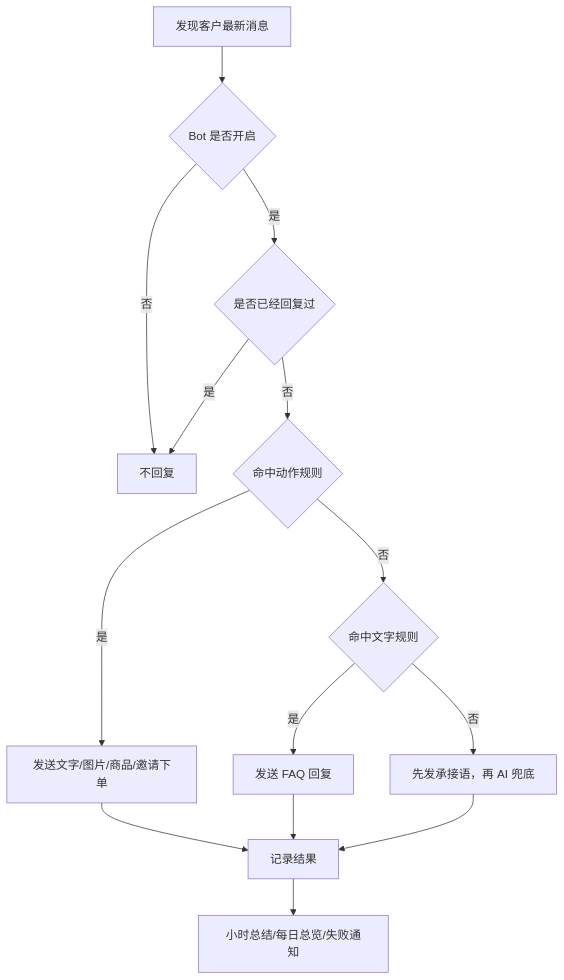
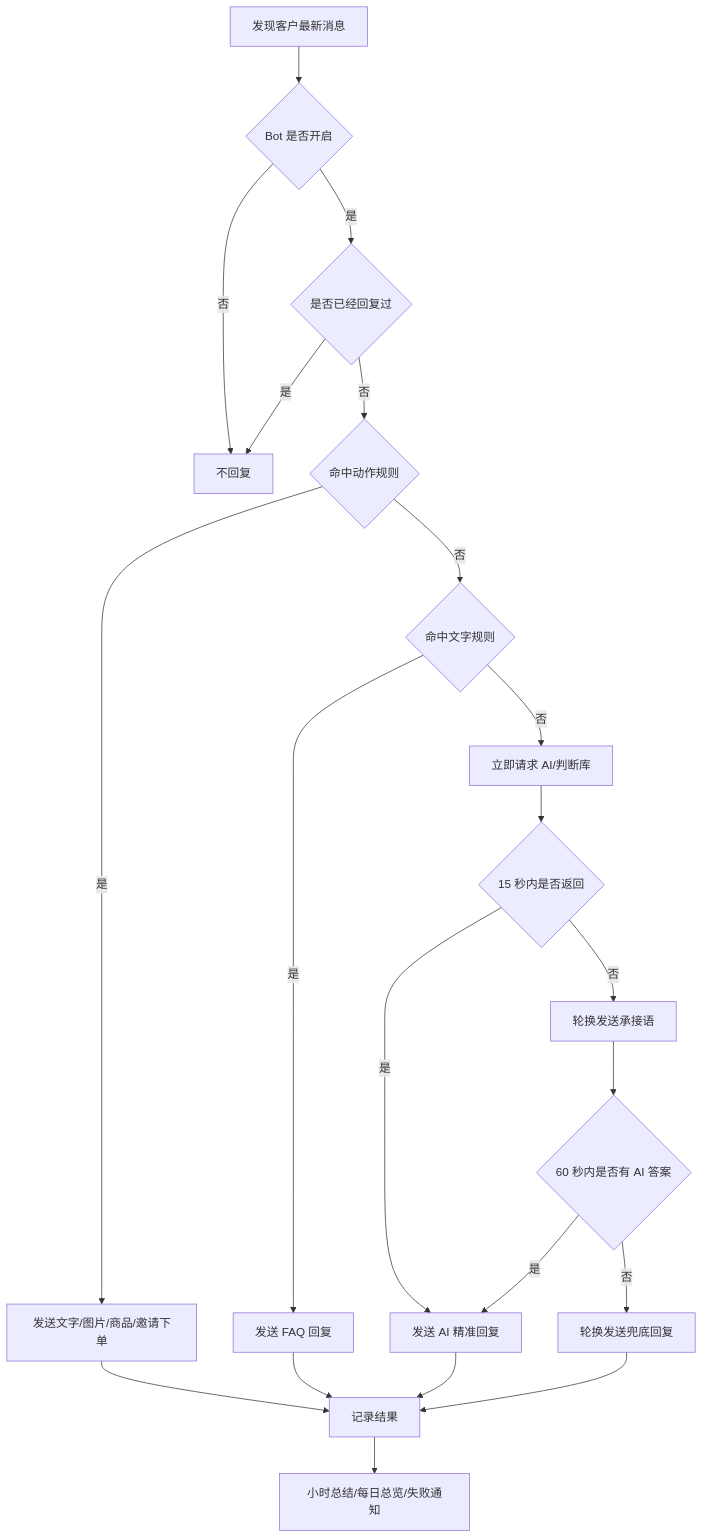
The second of 2 diagrams in README.md (JahanHe/wechat-autoreply), drawn with Mermaid before and after one commit. The commit also changed other lines of this file and 34 other files, not shown here.

````diff
--- a/README.md
+++ b/README.md
@@ -62,16 +63,23 @@
 ```mermaid
 flowchart TD
   A["发现客户最新消息"] --> B{"Bot 是否开启"}
   B -- "否" --> Z["不回复"]
   B -- "是" --> C{"是否已经回复过"}
   C -- "是" --> Z
   C -- "否" --> D{"命中动作规则"}
   D -- "是" --> E["发送文字/图片/商品/邀请下单"]
   D -- "否" --> F{"命中文字规则"}
   F -- "是" --> G["发送 FAQ 回复"]
-  F -- "否" --> H["先发承接语，再 AI 兜底"]
+  F -- "否" --> H["立即请求 AI/判断库"]
+  H --> K{"15 秒内是否返回"}
+  K -- "否" --> L["轮换发送承接语"]
+  K -- "是" --> N["发送 AI 精准回复"]
+  L --> M{"60 秒内是否有 AI 答案"}
+  M -- "是" --> N
+  M -- "否" --> O["轮换发送兜底回复"]
   E --> I["记录结果"]
   G --> I
-  H --> I
+  N --> I
+  O --> I
   I --> J["小时总结/每日总览/失败通知"]
 ```
````
